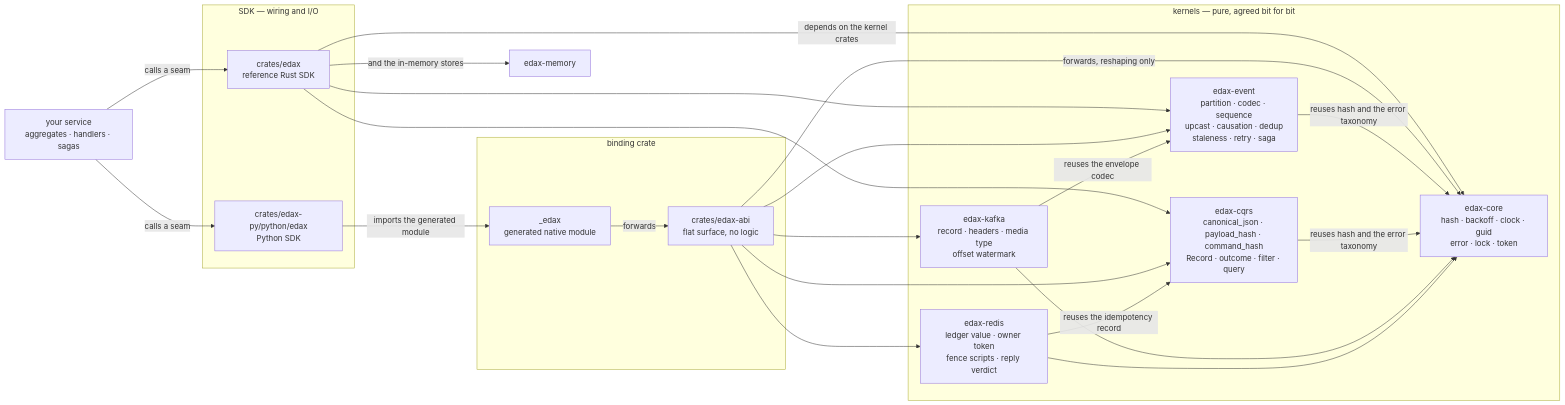
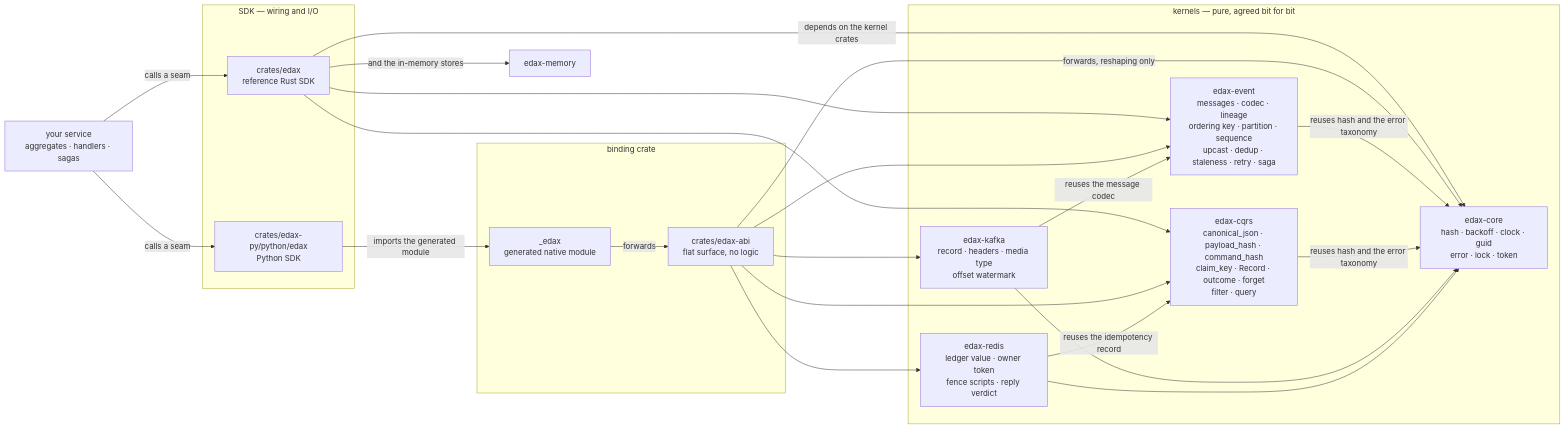
One commit to haskian/edax changed the first of 2 diagrams in docs/kernels/README.md. Above: the diagram before and after it, drawn with Mermaid. The commit also changed other lines of this file and 175 other files, not shown here.

````diff
--- a/docs/kernels/README.md
+++ b/docs/kernels/README.md
@@ -10,42 +10,42 @@
 ```mermaid
 flowchart LR
     APP["your service<br/>aggregates · handlers · sagas"]
 
     subgraph sdks["SDK — wiring and I/O"]
         RS["crates/edax<br/>reference Rust SDK"]
         PY["crates/edax-py/python/edax<br/>Python SDK"]
     end
 
     subgraph binding["binding crate"]
         ABI["crates/edax-abi<br/>flat surface, no logic"]
         NAT["_edax<br/>generated native module"]
     end
 
     subgraph kernels["kernels — pure, agreed bit for bit"]
         CORE["edax-core<br/>hash · backoff · clock · guid<br/>error · lock · token"]
-        EV["edax-event<br/>partition · codec · sequence<br/>upcast · causation · dedup<br/>staleness · retry · saga"]
-        CQ["edax-cqrs<br/>canonical_json · payload_hash · command_hash<br/>Record · outcome · filter · query"]
+        EV["edax-event<br/>messages · codec · lineage<br/>ordering key · partition · sequence<br/>upcast · dedup · staleness · retry · saga"]
+        CQ["edax-cqrs<br/>canonical_json · payload_hash · command_hash<br/>claim_key · Record · outcome · forget<br/>filter · query"]
         KAF["edax-kafka<br/>record · headers · media type<br/>offset watermark"]
         RED["edax-redis<br/>ledger value · owner token<br/>fence scripts · reply verdict"]
     end
 
     APP -->|"calls a seam"| RS
     APP -->|"calls a seam"| PY
     RS -->|"depends on the kernel crates"| CORE
     RS --> EV
     RS --> CQ
     RS -->|"and the in-memory stores"| MEM["edax-memory"]
     PY -->|"imports the generated module"| NAT
     NAT -->|"forwards"| ABI
     ABI -->|"forwards, reshaping only"| CORE
     ABI --> EV
     ABI --> CQ
     ABI --> KAF
     ABI --> RED
     EV -->|"reuses hash and the error taxonomy"| CORE
     CQ -->|"reuses hash and the error taxonomy"| CORE
-    KAF -->|"reuses the envelope codec"| EV
+    KAF -->|"reuses the message codec"| EV
     KAF --> CORE
     RED -->|"reuses the idempotency record"| CQ
     RED --> CORE
 ```
````
